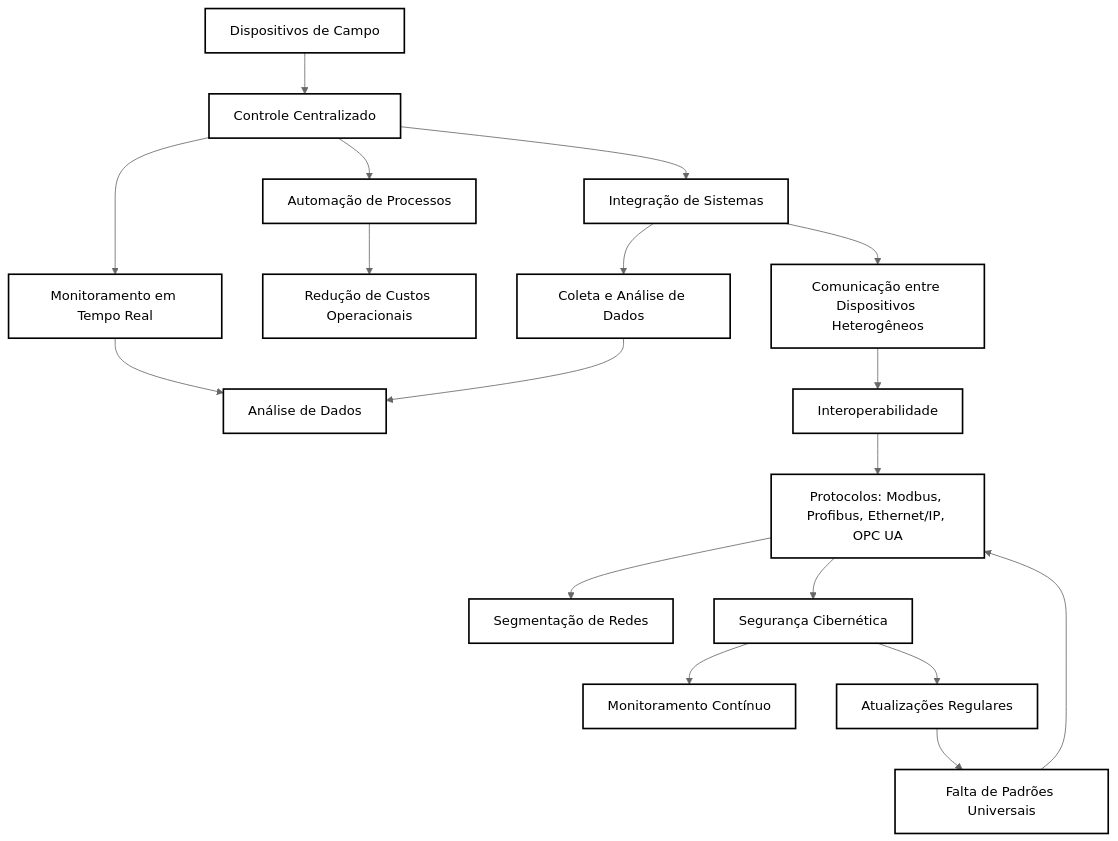
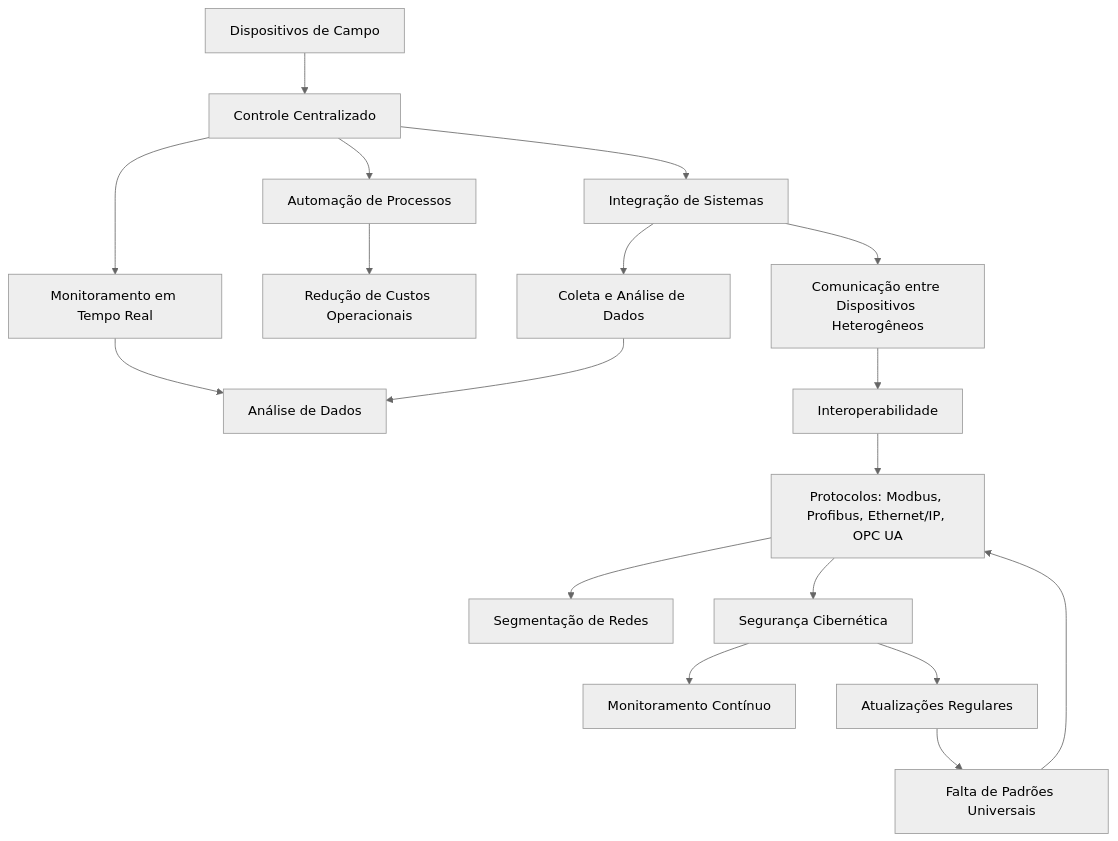
One commit to KauanIzidoro/system-integration changed the diagram in theory/introduction.md. Above: the diagram before and after it, drawn with Mermaid (neutral theme). The commit also changed other lines of this file, not shown here.

````diff
--- a/theory/introduction.md
+++ b/theory/introduction.md
@@ -77,39 +141,20 @@
 ```mermaid
 graph TD
     A[Dispositivos de Campo] --> B[Controle Centralizado]
     B --> C[Monitoramento em Tempo Real]
     B --> D[Automação de Processos]
     B --> E[Integração de Sistemas]
     C --> F[Análise de Dados]
     D --> G[Redução de Custos Operacionais]
     E --> H[Comunicação entre Dispositivos Heterogêneos]
     E --> I[Coleta e Análise de Dados]
     I --> F
     H --> J[Interoperabilidade]
     J --> K[Protocolos: Modbus, Profibus, Ethernet/IP, OPC UA]
     K --> L[Segmentação de Redes]
     K --> M[Segurança Cibernética]
     M --> N[Monitoramento Contínuo]
     M --> O[Atualizações Regulares]
     O --> P[Falta de Padrões Universais]
     P --> K
-
-    style A fill:#ffffff,stroke:#000000,stroke-width:2px
-    style B fill:#ffffff,stroke:#000000,stroke-width:2px
-    style C fill:#ffffff,stroke:#000000,stroke-width:2px
-    style D fill:#ffffff,stroke:#000000,stroke-width:2px
-    style E fill:#ffffff,stroke:#000000,stroke-width:2px
-    style F fill:#ffffff,stroke:#000000,stroke-width:2px
-    style G fill:#ffffff,stroke:#000000,stroke-width:2px
-    style H fill:#ffffff,stroke:#000000,stroke-width:2px
-    style I fill:#ffffff,stroke:#000000,stroke-width:2px
-    style J fill:#ffffff,stroke:#000000,stroke-width:2px
-    style K fill:#ffffff,stroke:#000000,stroke-width:2px
-    style L fill:#ffffff,stroke:#000000,stroke-width:2px
-    style M fill:#ffffff,stroke:#000000,stroke-width:2px
-    style N fill:#ffffff,stroke:#000000,stroke-width:2px
-    style O fill:#ffffff,stroke:#000000,stroke-width:2px
-    style P fill:#ffffff,stroke:#000000,stroke-width:2px
-
- 
 ```
````
